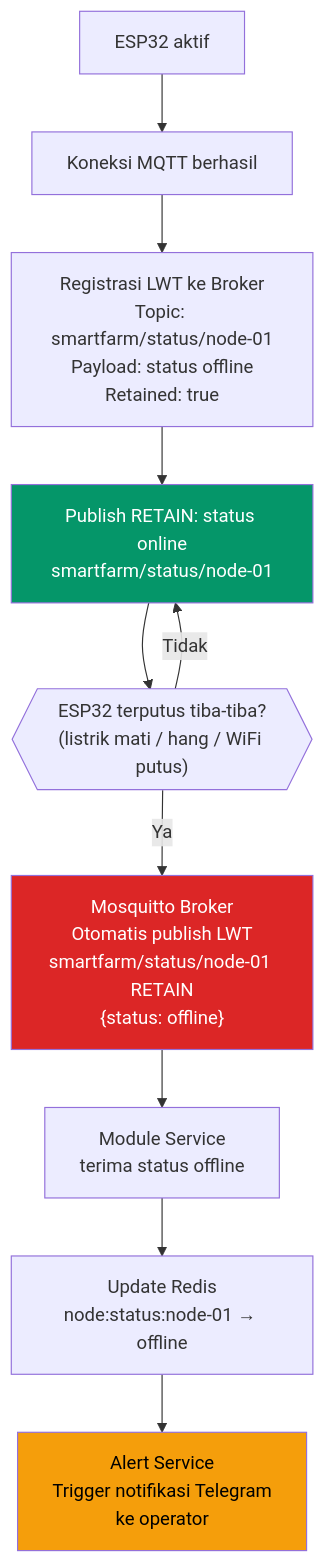
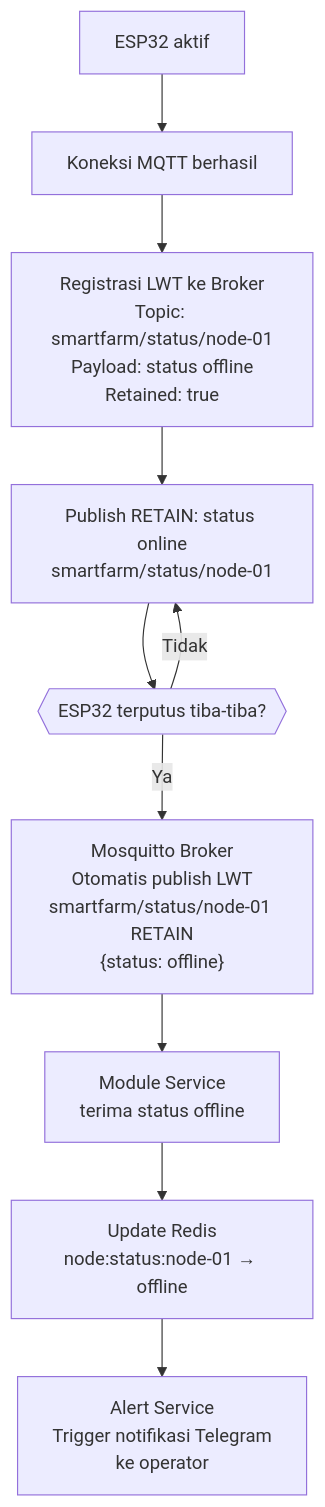
The second of 4 diagrams in docs/mqtt_standar_komunikasi.md (Rezen351/enyx-enterprise), drawn with Mermaid before and after one commit. The commit also changed other lines of this file and 26 other files, not shown here.

````diff
--- a/docs/mqtt_standar_komunikasi.md
+++ b/docs/mqtt_standar_komunikasi.md
@@ -466,21 +183,12 @@
 ```mermaid
 flowchart TD
-    ESP["ESP32 aktif"]
-    CONN["Koneksi MQTT berhasil"]
-    REGIST["Registrasi LWT ke Broker\nTopic: smartfarm/status/node-01\nPayload: status offline\nRetained: true"]
-    ONLINE["Publish RETAIN: status online\nsmartfarm/status/node-01"]
-    DISC{{"ESP32 terputus tiba-tiba?\n(listrik mati / hang / WiFi putus)"}}
-    LWT["Mosquitto Broker\nOtomatis publish LWT\nsmartfarm/status/node-01 RETAIN\n{status: offline}"]
-    MODSVC["Module Service\nterima status offline"]
-    REDIS["Update Redis\nnode:status:node-01 → offline"]
-    ALERT["Alert Service\nTrigger notifikasi Telegram\nke operator"]
-
-    ESP --> CONN --> REGIST --> ONLINE --> DISC
-    DISC -->|"Ya"| LWT
+    ESP["ESP32 aktif"] --> CONN["Koneksi MQTT berhasil"]
+    CONN --> REGIST["Registrasi LWT ke Broker\nTopic: smartfarm/status/node-01\nPayload: status offline\nRetained: true"]
+    REGIST --> ONLINE["Publish RETAIN: status online\nsmartfarm/status/node-01"]
+    ONLINE --> DISC{{"ESP32 terputus tiba-tiba?"}}
+    DISC -->|"Ya"| LWT["Mosquitto Broker\nOtomatis publish LWT\nsmartfarm/status/node-01 RETAIN\n{status: offline}"]
     DISC -->|"Tidak"| ONLINE
-    LWT --> MODSVC --> REDIS --> ALERT
-
-    style LWT fill:#dc2626,color:#fff
-    style ONLINE fill:#059669,color:#fff
-    style ALERT fill:#f59e0b,color:#000
+    LWT --> MODSVC["Module Service\nterima status offline"]
+    MODSVC --> REDIS["Update Redis\nnode:status:node-01 → offline"]
+    REDIS --> ALERT["Alert Service\nTrigger notifikasi Telegram\nke operator"]
 ```
````
